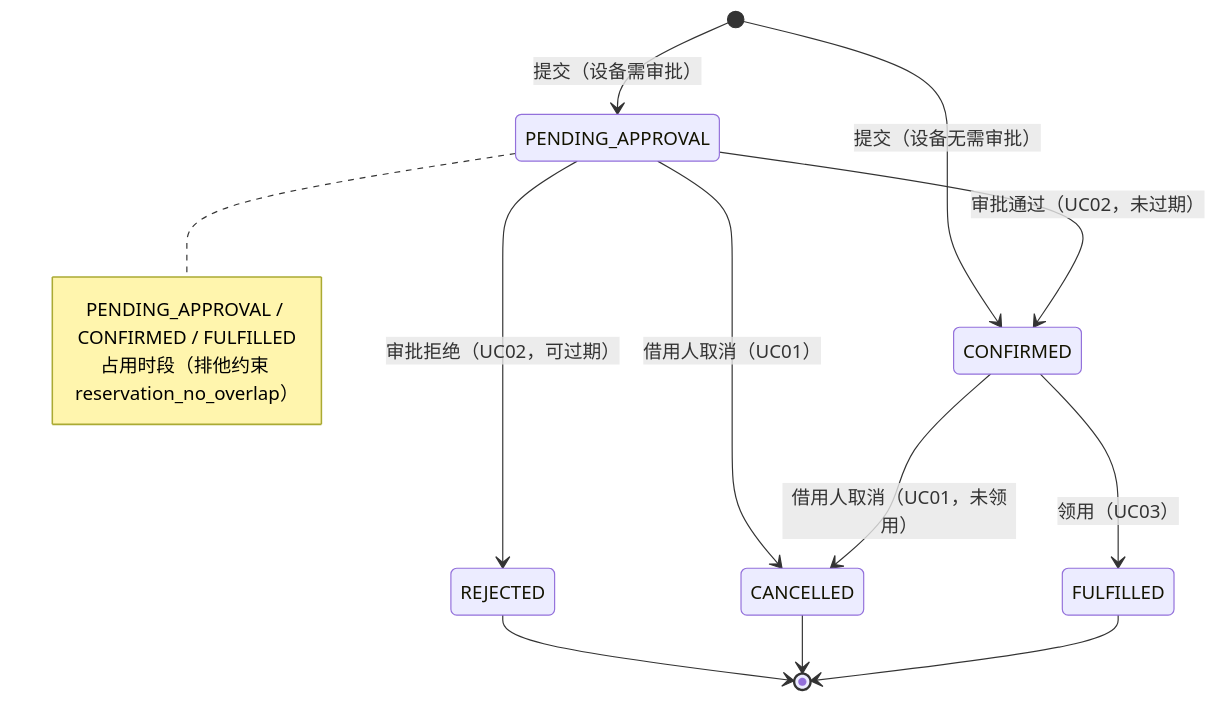
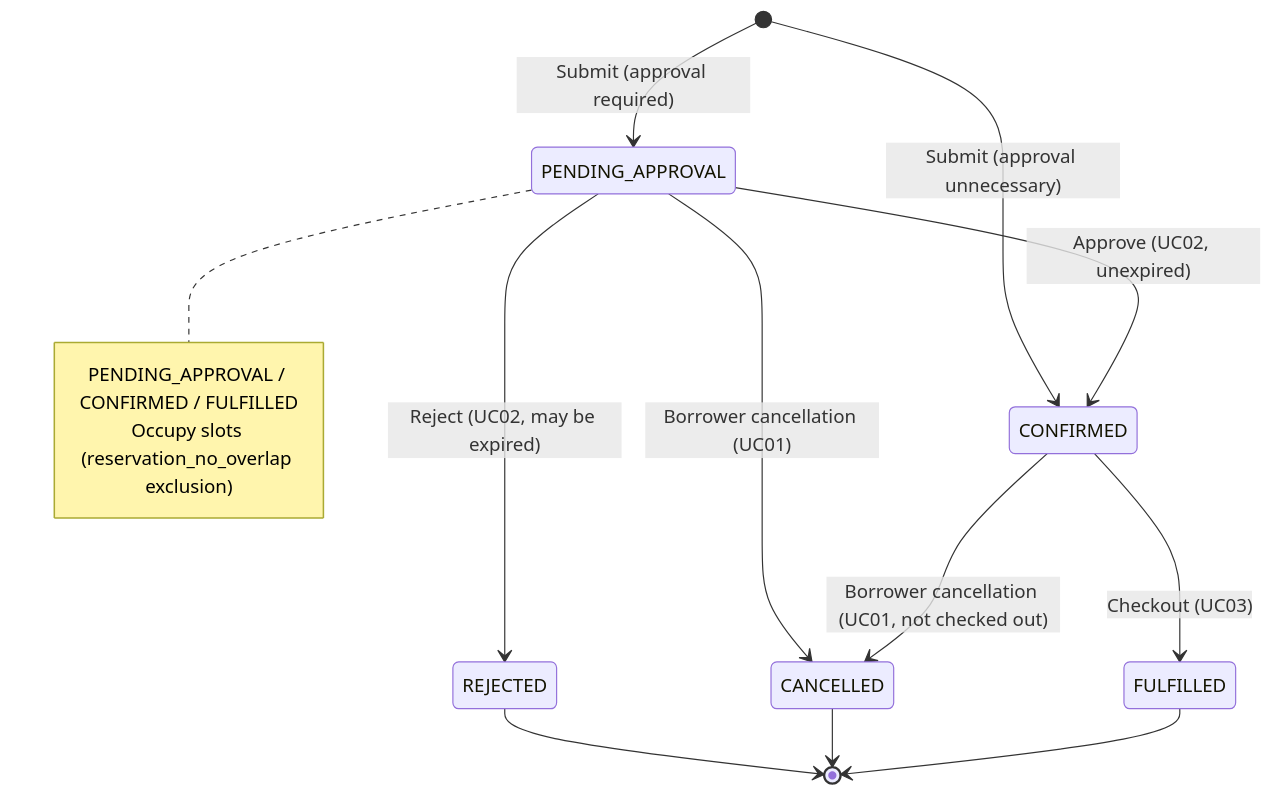
One commit to YukiOvOb/AGFP changed the diagram in docs/diagrams/reservation-state.mmd. Above: the diagram before and after it, drawn with Mermaid. The commit also changed 50 other files, not shown here.

```diff
--- a/docs/diagrams/reservation-state.mmd
+++ b/docs/diagrams/reservation-state.mmd
@@ -1,16 +1,16 @@
-%% 预约状态机（V002 触发器 check_reservation 强制执行）
+%% Reservation states (enforced by V002 check_reservation trigger)
 stateDiagram-v2
-  [*] --> CONFIRMED: 提交（设备无需审批）
-  [*] --> PENDING_APPROVAL: 提交（设备需审批）
-  PENDING_APPROVAL --> CONFIRMED: 审批通过（UC02，未过期）
-  PENDING_APPROVAL --> REJECTED: 审批拒绝（UC02，可过期）
-  PENDING_APPROVAL --> CANCELLED: 借用人取消（UC01）
-  CONFIRMED --> CANCELLED: 借用人取消（UC01，未领用）
-  CONFIRMED --> FULFILLED: 领用（UC03）
+  [*] --> CONFIRMED: Submit (approval unnecessary)
+  [*] --> PENDING_APPROVAL: Submit (approval required)
+  PENDING_APPROVAL --> CONFIRMED: Approve (UC02, unexpired)
+  PENDING_APPROVAL --> REJECTED: Reject (UC02, may be expired)
+  PENDING_APPROVAL --> CANCELLED: Borrower cancellation (UC01)
+  CONFIRMED --> CANCELLED: Borrower cancellation (UC01, not checked out)
+  CONFIRMED --> FULFILLED: Checkout (UC03)
   REJECTED --> [*]
   CANCELLED --> [*]
   FULFILLED --> [*]
   note right of PENDING_APPROVAL
     PENDING_APPROVAL / CONFIRMED / FULFILLED
-    占用时段（排他约束 reservation_no_overlap）
+    Occupy slots (reservation_no_overlap exclusion)
   end note
```
